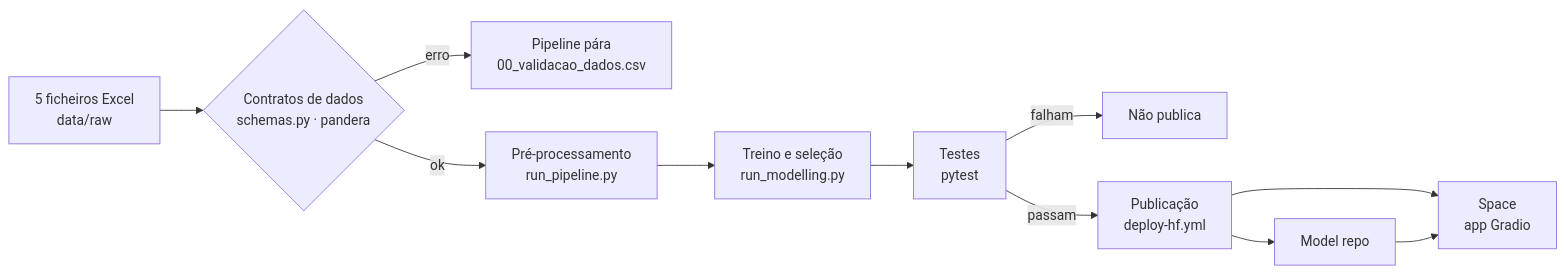
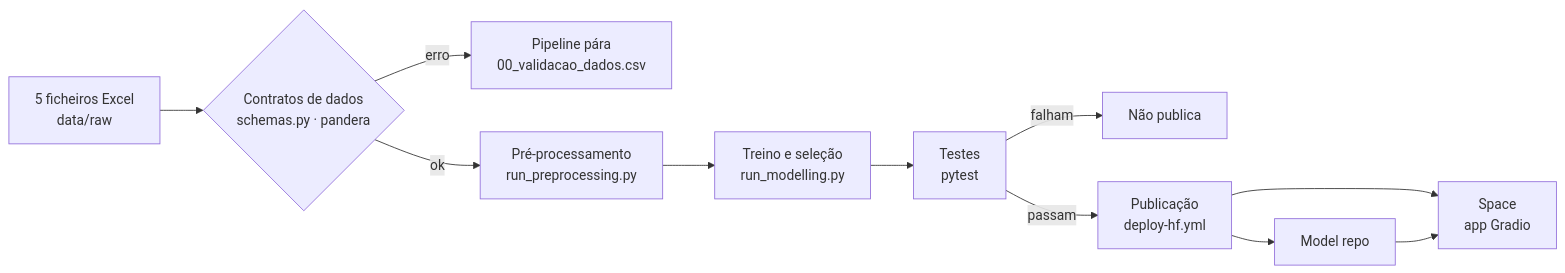
The diagram in telco-churn-retention/README.md (j3grave/Bootcamp), drawn with Mermaid before and after one commit. The commit also changed other lines of this file and 11 other files, not shown here.

First line of the commit message:
run_pipeline.py passa a ponto de entrada único, com perguntas no terminal

````diff
--- a/telco-churn-retention/README.md
+++ b/telco-churn-retention/README.md
@@ -21,13 +21,13 @@
 ```mermaid
 flowchart LR
     A[5 ficheiros Excel<br/>data/raw] --> B{Contratos de dados<br/>schemas.py · pandera}
     B -- erro --> X[Pipeline pára<br/>00_validacao_dados.csv]
-    B -- ok --> C[Pré-processamento<br/>run_pipeline.py]
+    B -- ok --> C[Pré-processamento<br/>run_preprocessing.py]
     C --> D[Treino e seleção<br/>run_modelling.py]
     D --> E[Testes<br/>pytest]
     E -- falham --> Y[Não publica]
     E -- passam --> F[Publicação<br/>deploy-hf.yml]
     F --> G[Model repo]
     F --> H[Space<br/>app Gradio]
     G --> H
 ```
````
